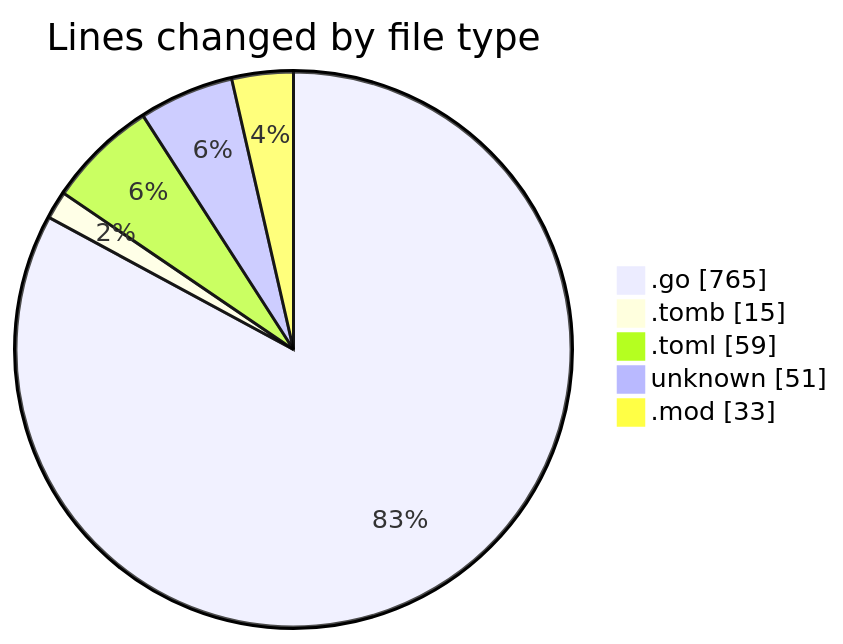
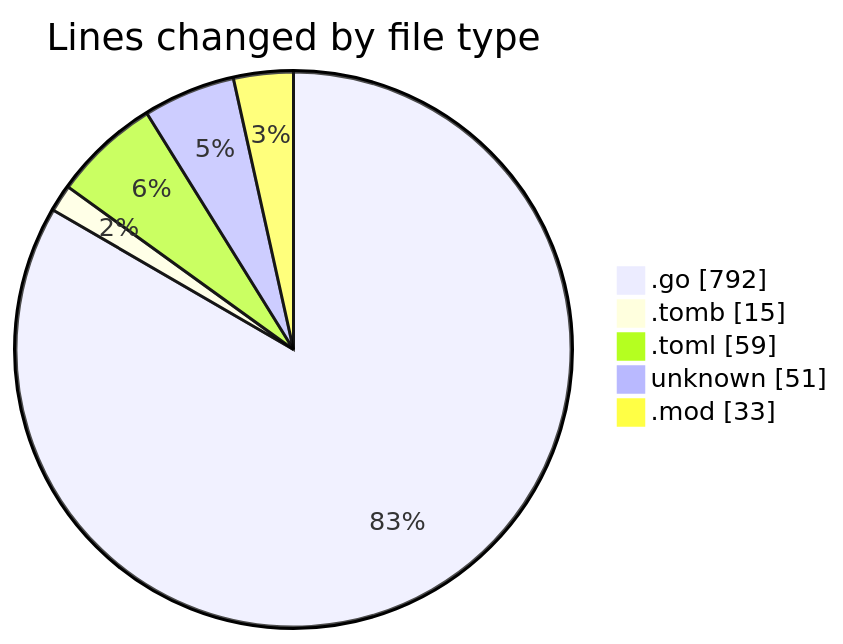
The first of 2 diagrams in 2025-10-31/backend/README.md (Ritupan-Deka/code-tracking), drawn with Mermaid before and after one commit. The commit also changed other lines of this file and 1 other file, not shown here.

````diff
--- a/2025-10-31/backend/README.md
+++ b/2025-10-31/backend/README.md
@@ -29,9 +29,9 @@
 ```mermaid
 pie showData
 title Lines changed by file type
-".go" : 765
+".go" : 792
 ".tomb" : 15
 ".toml" : 59
 "unknown" : 51
 ".mod" : 33
 ```
````
